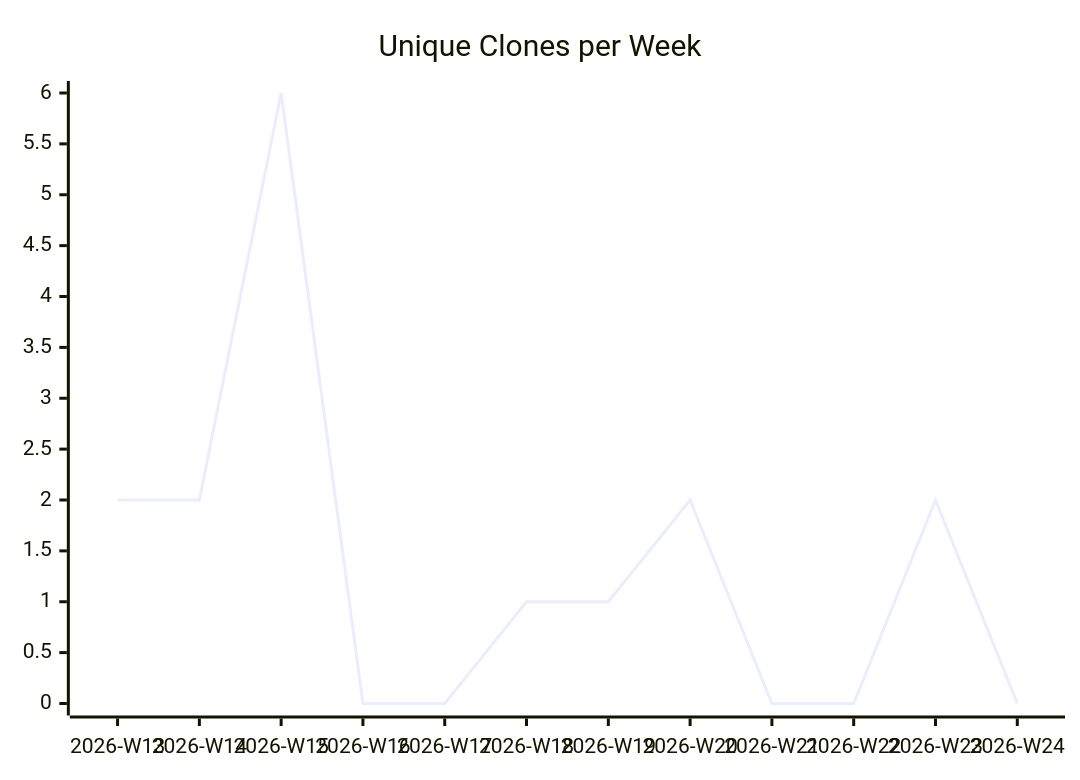
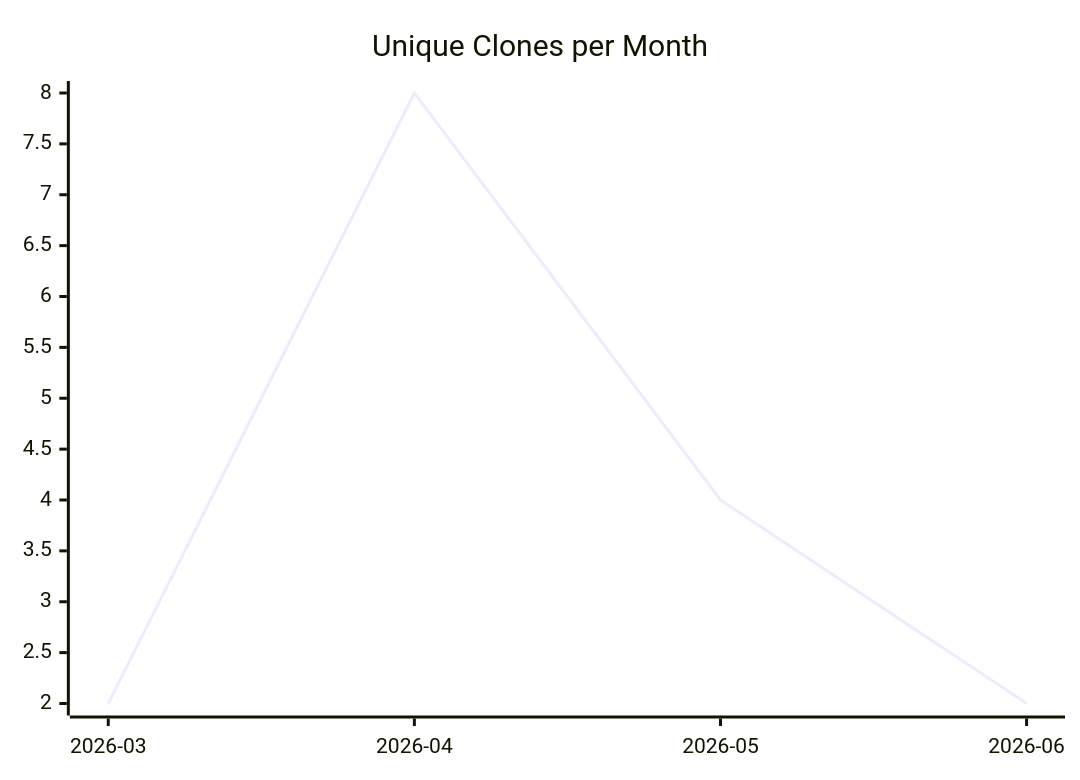
The third of 3 diagrams in karlmdavis/m2e-core-tests/README.md (justdavis-family/github-analytics-data), drawn with Mermaid before and after one commit. The commit also changed other lines of this file and 198 other files, not shown here.

````diff
--- a/karlmdavis/m2e-core-tests/README.md
+++ b/karlmdavis/m2e-core-tests/README.md
@@ -19,6 +19,6 @@
 ```mermaid
 xychart-beta
-  title "Unique Clones per Week"
-  x-axis ["2026-W13", "2026-W14", "2026-W15", "2026-W16", "2026-W17", "2026-W18", "2026-W19", "2026-W20", "2026-W21", "2026-W22", "2026-W23", "2026-W24"]
-  line [2, 2, 6, 0, 0, 1, 1, 2, 0, 0, 2, 0]
+  title "Unique Clones per Month"
+  x-axis ["2026-03", "2026-04", "2026-05", "2026-06"]
+  line [2, 8, 4, 2]
 ```
````
